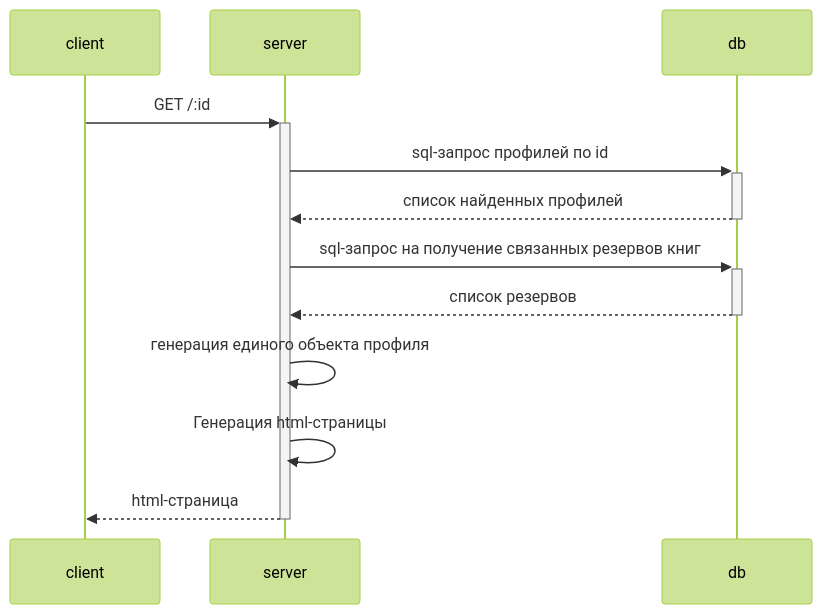
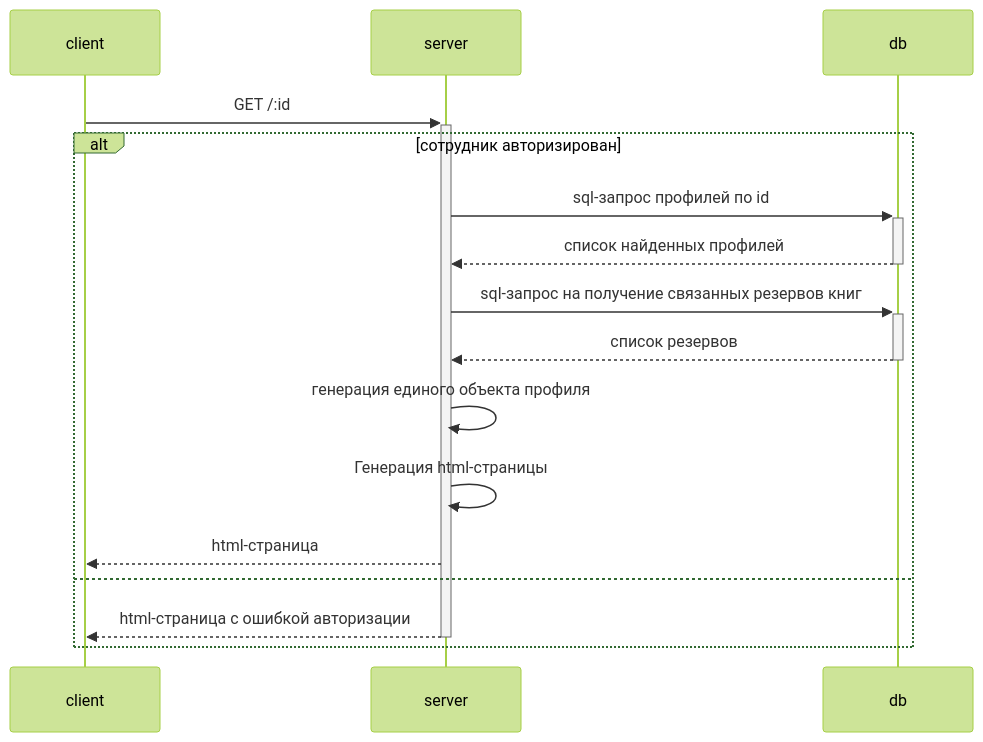
The diagram in documentation/diagrams/sequenceDiagrams/profiles.get.id.md (Ergorium/Web-technology-3c-6s), drawn with Mermaid (forest theme) before and after one commit. The commit also changed 16 other files, not shown here.

````diff
--- a/documentation/diagrams/sequenceDiagrams/profiles.get.id.md
+++ b/documentation/diagrams/sequenceDiagrams/profiles.get.id.md
@@ -3,14 +3,19 @@
 ```mermaid
 sequenceDiagram;
 	participant client
 	participant server
 	participant db
 	client->>+server: GET /:id
-  server->>+db: sql-запрос профилей по id
-  db-->>-server: список найденных профилей
-  server->>+db: sql-запрос на получение связанных резервов книг
-  db-->>-server: список резервов
-  server->>server: генерация единого объекта профиля
-  server->>server: Генерация html-страницы
-  server-->>-client: html-страница
+  alt сотрудник авторизирован
+    server->>+db: sql-запрос профилей по id
+    db-->>-server: список найденных профилей
+    server->>+db: sql-запрос на получение связанных резервов книг
+    db-->>-server: список резервов
+    server->>server: генерация единого объекта профиля
+    server->>server: Генерация html-страницы
+    server-->>client: html-страница
+  else
+    server-->>-client: html-страница с ошибкой авторизации
+  end
+  
 ```
````
